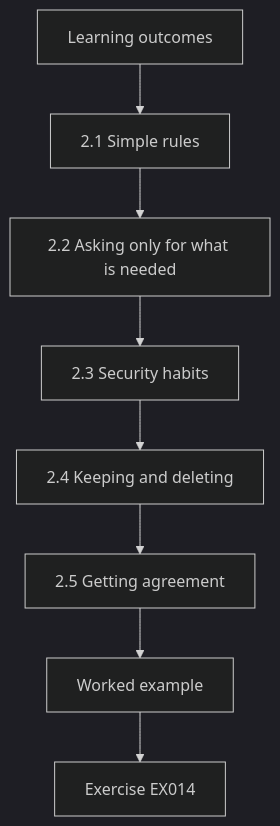
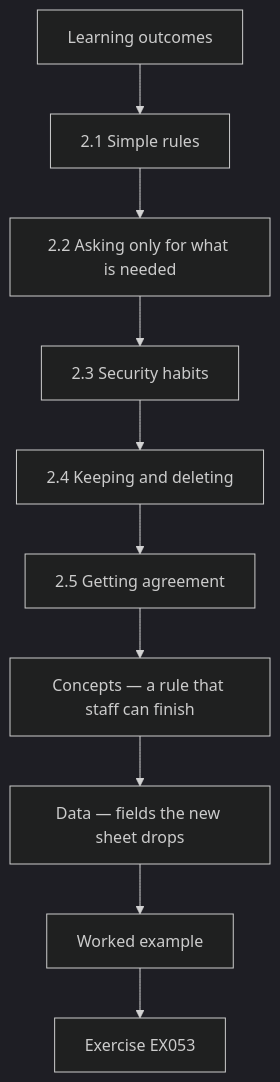
The fourth of 12 diagrams in levels/rapid-1-month/data-governance/en/book/MANUSCRIPT.md (hiagokinlevi/CyKin), drawn with Mermaid (dark theme) before and after one commit. The commit also changed other lines of this file and 1 other file, not shown here.

First line of the commit message:
Deepen the rapid data-governance lessons in English and Portuguese.

````diff
--- a/levels/rapid-1-month/data-governance/en/book/MANUSCRIPT.md
+++ b/levels/rapid-1-month/data-governance/en/book/MANUSCRIPT.md
@@ -162,12 +223,14 @@
 ```mermaid
 flowchart TD
   N0["Learning outcomes"]
   N1["2.1 Simple rules"]
   N2["2.2 Asking only for what is needed"]
   N3["2.3 Security habits"]
   N4["2.4 Keeping and deleting"]
   N5["2.5 Getting agreement"]
-  N0 --> N1 --> N2 --> N3 --> N4 --> N5
-  N5 --> EX["Worked example"]
-  EX --> Q["Exercise EX014"]
+  N6["Concepts — a rule that staff can finish"]
+  N7["Data — fields the new sheet drops"]
+  N0 --> N1 --> N2 --> N3 --> N4 --> N5 --> N6 --> N7
+  N7 --> EX["Worked example"]
+  EX --> Q["Exercise EX053"]
 ```
````
